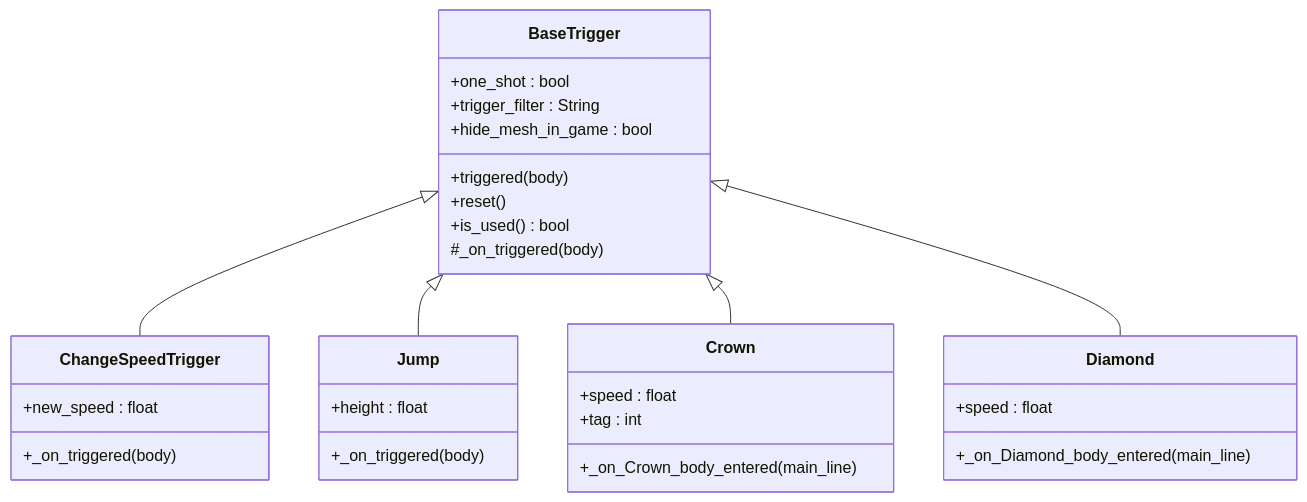
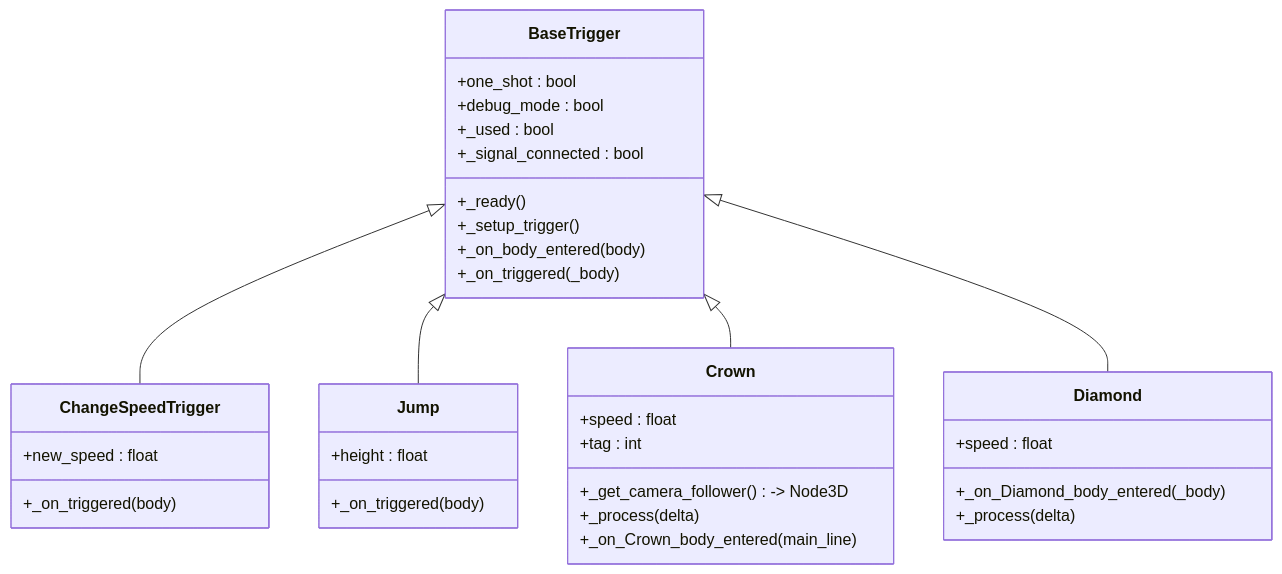
Before and after one commit to godotline/godot-line: the fifth of 6 diagrams in .qoder/repowiki/zh/content/游戏系统/路径生成系统.md, drawn with Mermaid. The commit also changed other lines of this file and 17 other files, not shown here.

````diff
--- a/.qoder/repowiki/zh/content/游戏系统/路径生成系统.md
+++ b/.qoder/repowiki/zh/content/游戏系统/路径生成系统.md
@@ -217,33 +226,37 @@
 ```mermaid
 classDiagram
 class BaseTrigger {
 +one_shot : bool
-+trigger_filter : String
-+hide_mesh_in_game : bool
-+triggered(body)
-+reset()
-+is_used() bool
-#_on_triggered(body)
++debug_mode : bool
++_used : bool
++_signal_connected : bool
++_ready()
++_setup_trigger()
++_on_body_entered(body)
++_on_triggered(_body)
 }
 class ChangeSpeedTrigger {
 +new_speed : float
 +_on_triggered(body)
 }
 class Jump {
 +height : float
 +_on_triggered(body)
 }
 class Crown {
 +speed : float
 +tag : int
++_get_camera_follower() -> Node3D
++_process(delta)
 +_on_Crown_body_entered(main_line)
 }
 class Diamond {
 +speed : float
-+_on_Diamond_body_entered(main_line)
++_on_Diamond_body_entered(_body)
++_process(delta)
 }
 BaseTrigger <|-- ChangeSpeedTrigger
 BaseTrigger <|-- Jump
 BaseTrigger <|-- Crown
 BaseTrigger <|-- Diamond
 ```
````
